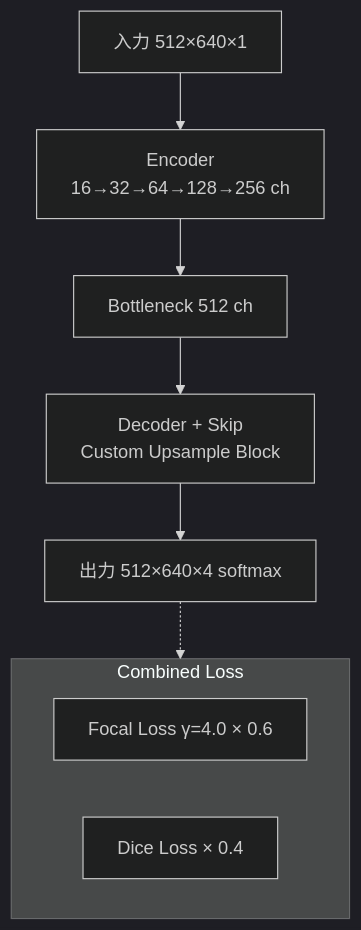
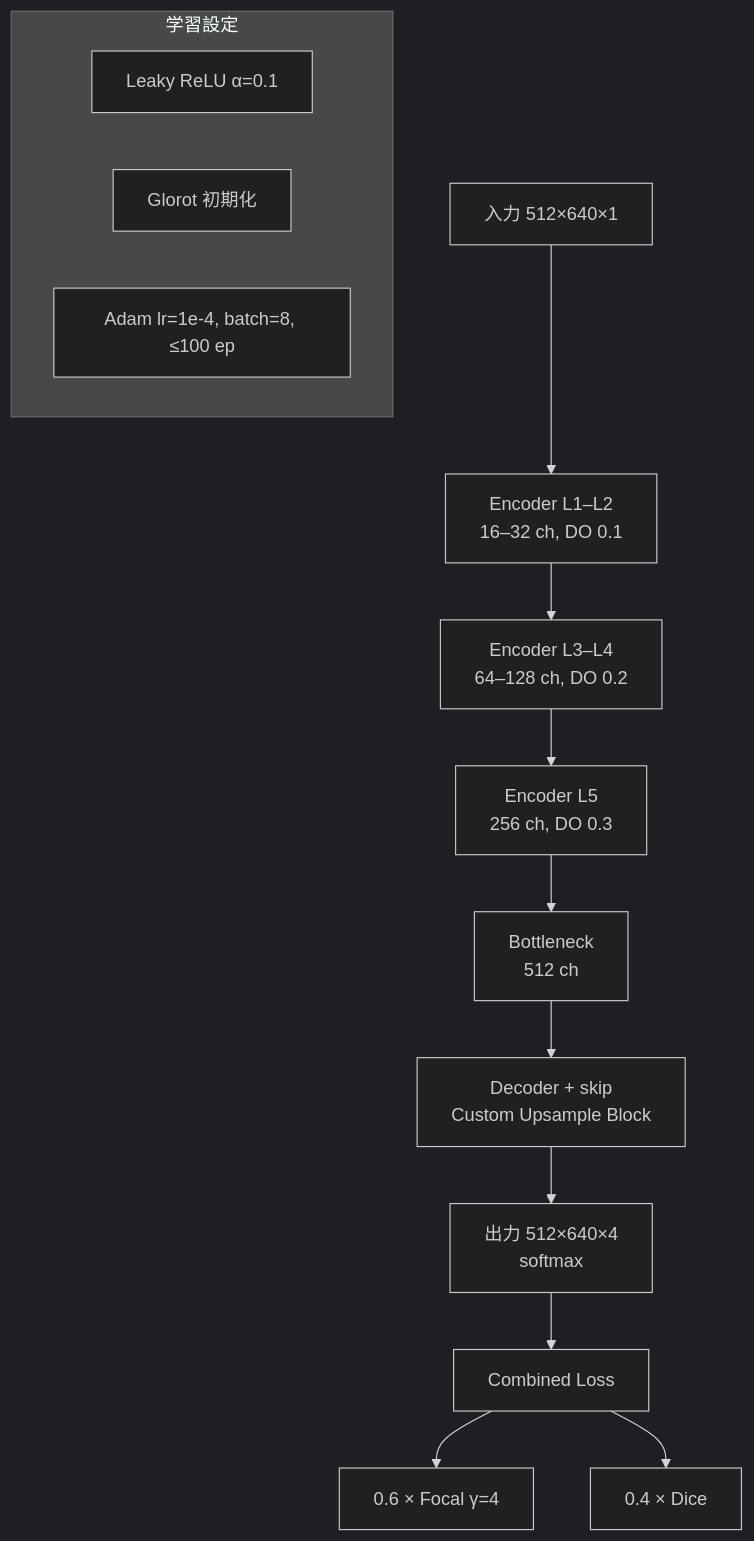
One commit to Sol-momma/LumbarSeg changed the sixth of 12 diagrams in README.ja.md. Above: the diagram before and after it, drawn with Mermaid (dark theme). The commit also changed other lines of this file and 5 other files, not shown here.

First line of the commit message:
docs: READMEの説明図をMermaidに統一

````diff
--- a/README.ja.md
+++ b/README.ja.md
@@ -97,13 +128,19 @@
 ```mermaid
 flowchart TB
-  IN["入力 512×640×1"] --> ENC["Encoder<br/>16→32→64→128→256 ch"]
-  ENC --> BOT["Bottleneck 512 ch"]
-  BOT --> DEC["Decoder + Skip<br/>Custom Upsample Block"]
-  DEC --> OUT["出力 512×640×4 softmax"]
+  IN["入力 512×640×1"] --> E1["Encoder L1–L2<br/>16–32 ch, DO 0.1"]
+  E1 --> E2["Encoder L3–L4<br/>64–128 ch, DO 0.2"]
+  E2 --> E3["Encoder L5<br/>256 ch, DO 0.3"]
+  E3 --> BOT["Bottleneck<br/>512 ch"]
+  BOT --> D1["Decoder + skip<br/>Custom Upsample Block"]
+  D1 --> OUT["出力 512×640×4<br/>softmax"]
 
-  subgraph loss["Combined Loss"]
-    L1["Focal Loss γ=4.0 × 0.6"]
-    L2["Dice Loss × 0.4"]
+  OUT --> LOSS["Combined Loss"]
+  LOSS --> F["0.6 × Focal γ=4"]
+  LOSS --> D["0.4 × Dice"]
+
+  subgraph train_cfg["学習設定"]
+    A["Leaky ReLU α=0.1"]
+    G["Glorot 初期化"]
+    O["Adam lr=1e-4, batch=8, ≤100 ep"]
   end
-  OUT -.-> loss
 ```
````
